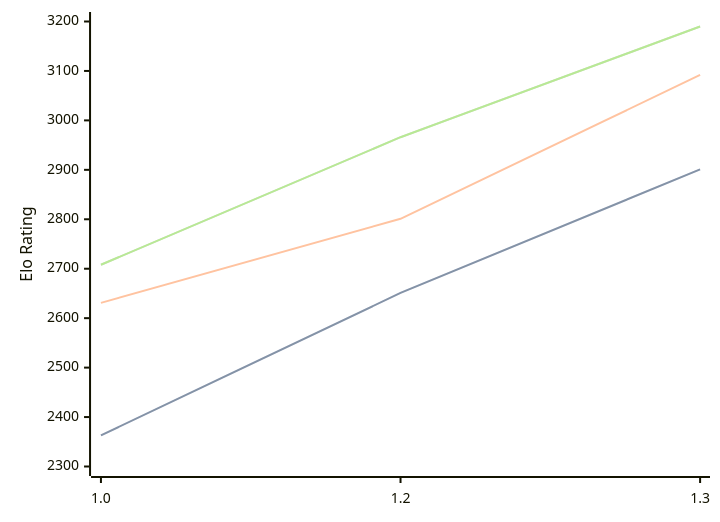
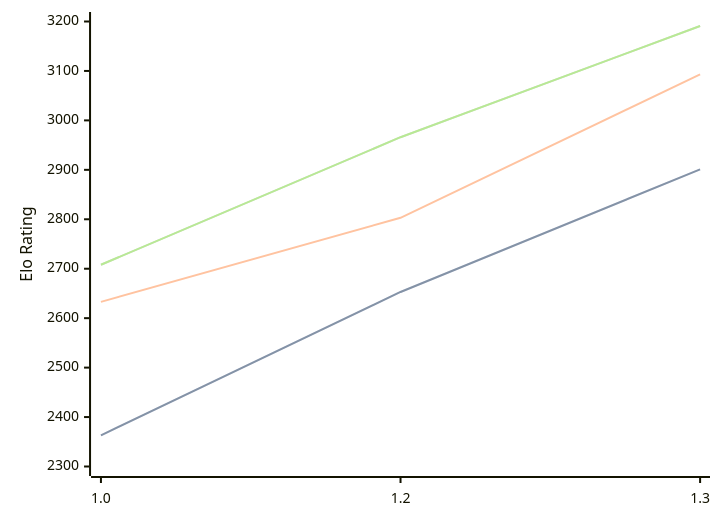
Before and after one commit to computer-chess-index/cci: the diagram in engines/Chessnix.md, drawn with Mermaid. The commit also changed other lines of this file, not shown here.

Commit message:
Update CCI Ratings (ELO VLTC) - 2026-03-26

````diff
--- a/engines/Chessnix.md
+++ b/engines/Chessnix.md
@@ -35,11 +35,11 @@
 ```mermaid
 %%{init: {"theme":"base","themeVariables":{"seriesColors:['#a3a3a3','#222221','#faa371']}}}%%
 xychart-beta
   x-axis ["1.0", "1.2", "1.3"]
   y-axis "Elo Rating" 2300 --> 3200
-  line "STC (8.0+0.08s)" [2363, 2651, 2901]
-  line "STC (8.0+0.08s)" [2363, 2651, 2901]
-  line "LTC (60.0+0.60s)" [2631, 2801, 3092]
-  line "VLTC (2m24s+1.12s)" [2708, 2966, 3190]
-  line "VLTC (2m24s+1.12s)" [2708, 2966, 3190]
+  line "STC (8.0+0.08s)" [2363, 2653, 2901]
+  line "STC (8.0+0.08s)" [2363, 2653, 2901]
+  line "LTC (60.0+0.60s)" [2633, 2803, 3093]
+  line "VLTC (2m24s+1.12s)" [2708, 2966, 3191]
+  line "VLTC (2m24s+1.12s)" [2708, 2966, 3191]
 ```
````
